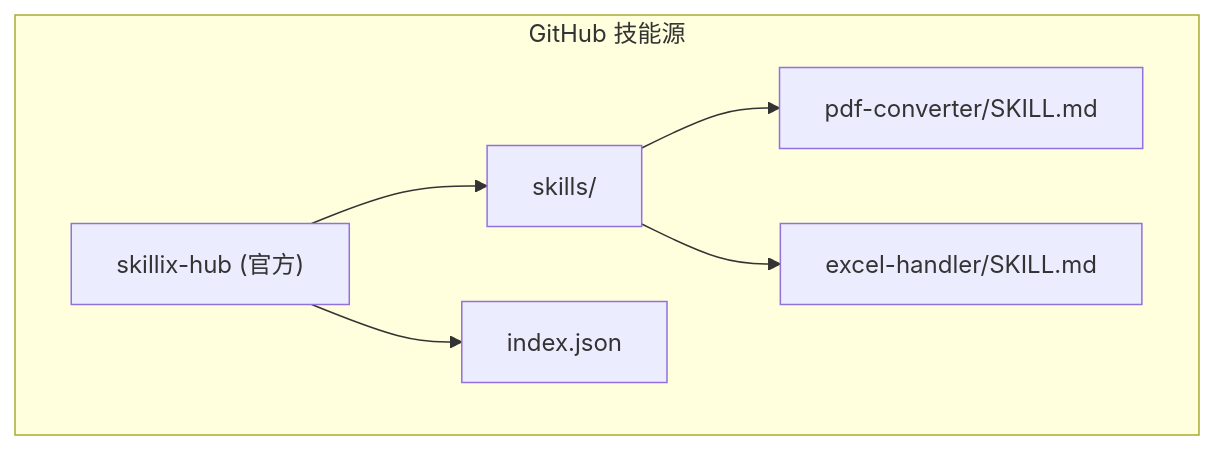
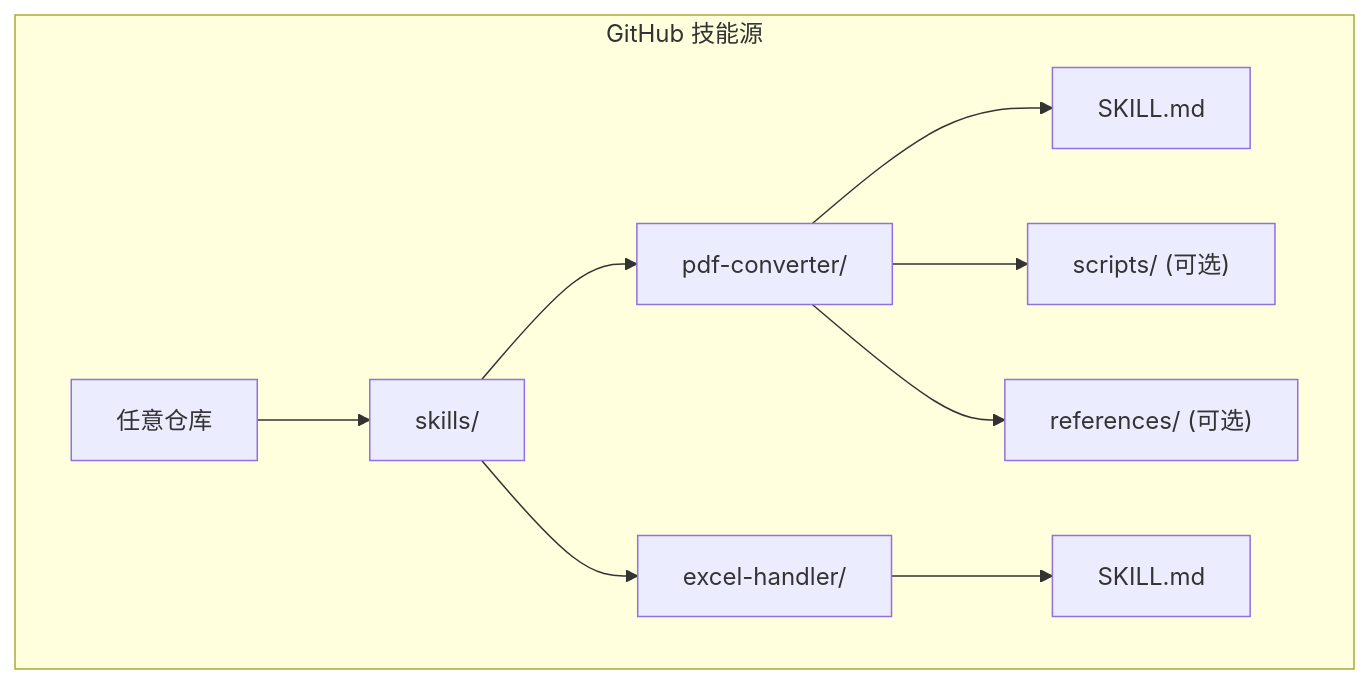
Diagram 15 of 32 in docs/02-设计/20260114-10-sx-market设计.md (shetengteng/skillix-mcp), drawn with Mermaid before and after one commit. The commit also changed other lines of this file and 2 other files, not shown here.

````diff
--- a/docs/02-设计/20260114-10-sx-market设计.md
+++ b/docs/02-设计/20260114-10-sx-market设计.md
@@ -505,10 +517,13 @@
 ```mermaid
 flowchart TD
     subgraph GitHub 技能源
-        A["skillix-hub (官方)"]
+        A["任意仓库"]
         A --> A1["skills/"]
-        A1 --> A2["pdf-converter/SKILL.md"]
-        A1 --> A3["excel-handler/SKILL.md"]
-        A --> A4["index.json"]
+        A1 --> A2["pdf-converter/"]
+        A2 --> A3["SKILL.md"]
+        A2 --> A4["scripts/ (可选)"]
+        A2 --> A5["references/ (可选)"]
+        A1 --> B2["excel-handler/"]
+        B2 --> B3["SKILL.md"]
     end
 ```
````
